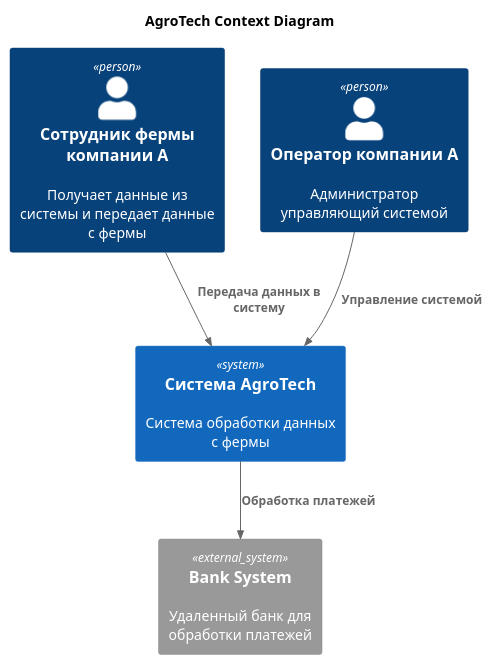
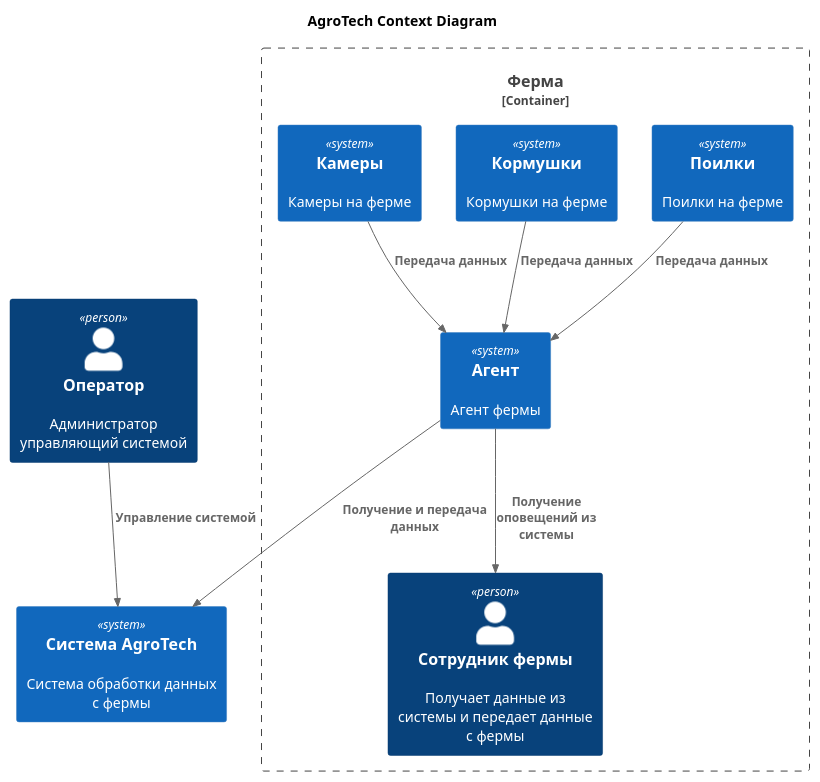
The diagram in Task5/Context.puml (ChechelevNF/MSA-AgroTech), drawn with PlantUML before and after one commit. The commit also changed 4 other files, not shown here.

Commit message:
Изменил диаграммы для SaaS решения

```diff
--- a/Task5/Context.puml
+++ b/Task5/Context.puml
@@ -1,19 +1,27 @@
 @startuml
 title AgroTech Context Diagram
 
 top to bottom direction
 
 !includeurl https://raw.githubusercontent.com/RicardoNiepel/C4-PlantUML/master/C4_Component.puml
 
-Person(rancher, "Сотрудник фермы компании A", "Получает данные из системы и передает данные с фермы")
-Person(operator, "Оператор компании A", "Администратор управляющий системой ")
+Person(operator, "Оператор", "Администратор управляющий системой ")
 System(AgroTechSystem, "Система AgroTech", "Система обработки данных с фермы")
 
-System_Ext(bank, "Bank System", "Удаленный банк для обработки платежей")
+Container_Boundary(Farm, "Ферма") {
+    Person(rancher, "Сотрудник фермы", "Получает данные из системы и передает данные с фермы")
+    System(DrinkingSystem, "Поилки", "Поилки на ферме")
+    System(FeedingSystem, "Кормушки", "Кормушки на ферме")
+    System(Cameras, "Камеры", "Камеры на ферме")
+    System(Agent, "Агент", "Агент фермы")
+}
 
-Rel(rancher, AgroTechSystem, "Передача данных в систему")
+Rel(Agent, rancher, "Получение оповещений из системы")
 Rel(operator,AgroTechSystem,"Управление системой")
-Rel(AgroTechSystem,bank,"Обработка платежей")
+Rel(DrinkingSystem, Agent, "Передача данных")
+Rel(FeedingSystem, Agent, "Передача данных")
+Rel(Cameras, Agent, "Передача данных")
+Rel(Agent, AgroTechSystem, "Получение и передача данных")
 
 
 @enduml
```
